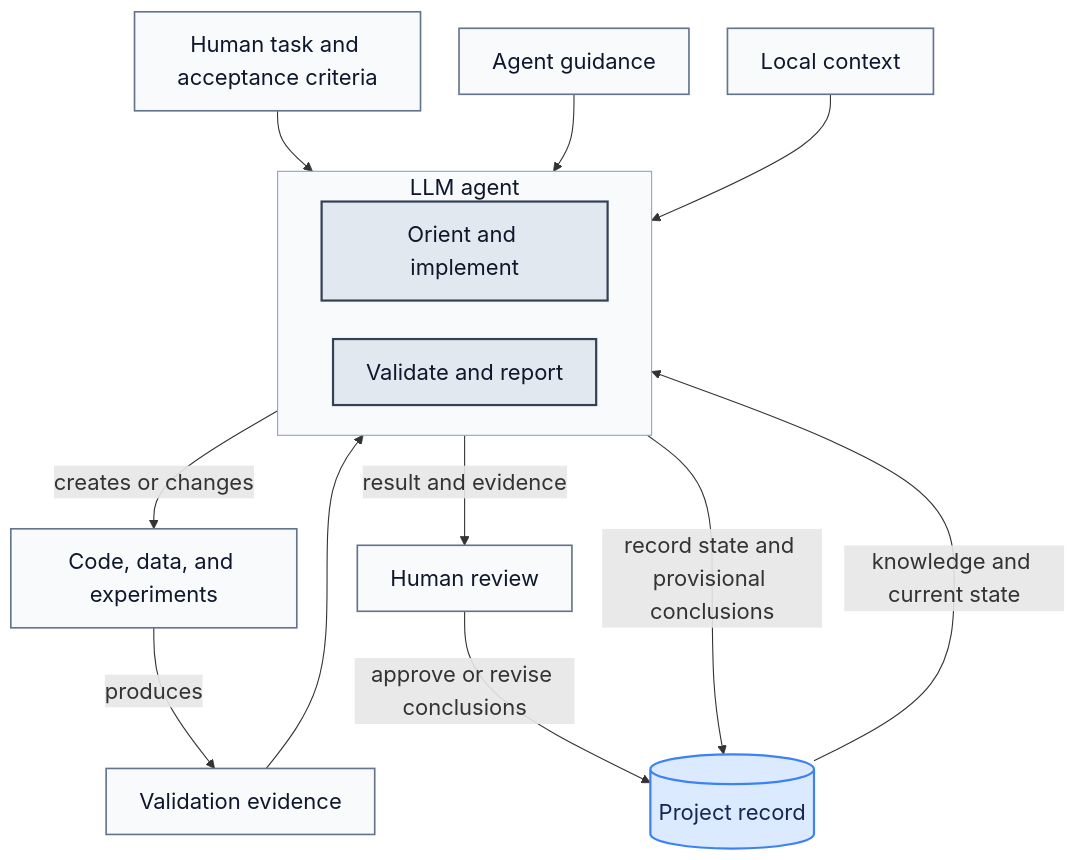
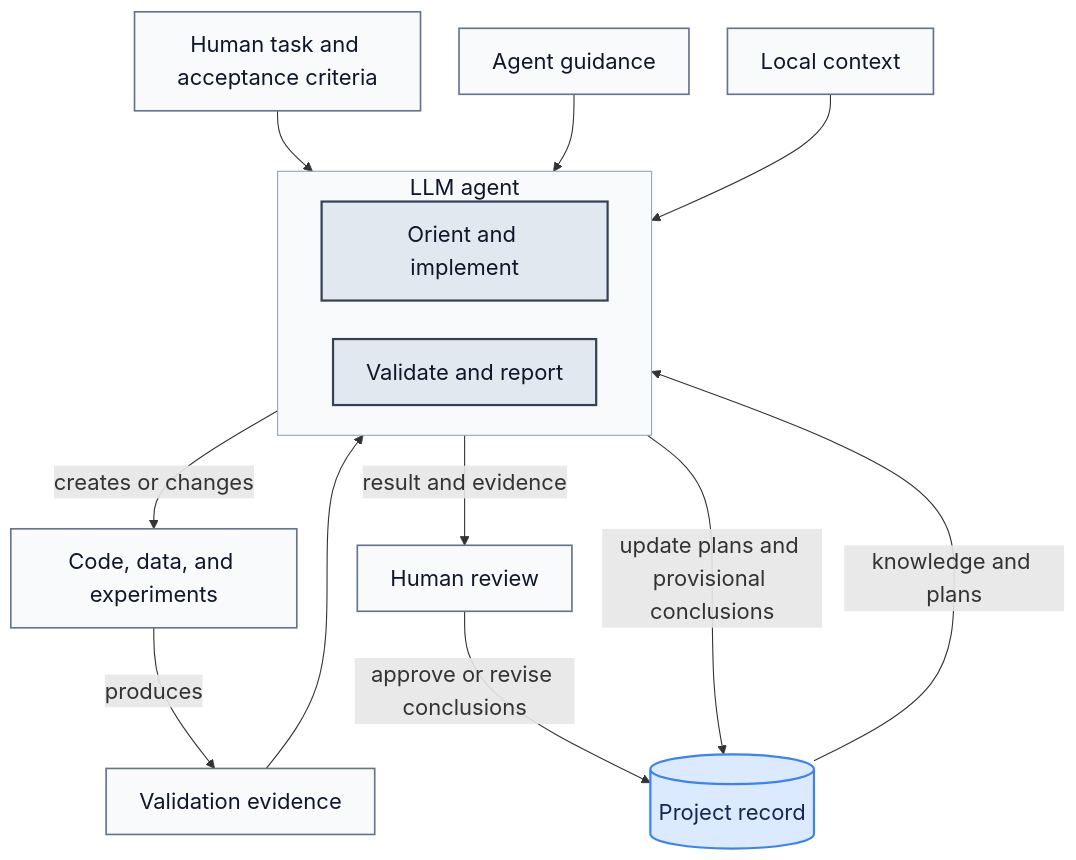
The diagram in docs/15_Agentic_Workflow.md (7FeiW/Incomplete_guide), drawn with Mermaid before and after one commit. The commit also changed other lines of this file and 7 other files, not shown here.

````diff
--- a/docs/15_Agentic_Workflow.md
+++ b/docs/15_Agentic_Workflow.md
@@ -258,29 +245,29 @@
 ```mermaid
 %%{init: {"themeVariables": {"fontSize": "20px"}, "flowchart": {"nodeSpacing": 35, "rankSpacing": 55}}}%%
 flowchart TB
     H[Human task and acceptance criteria] --> A
     G[Agent guidance] --> A
     C[Local context] --> A
-    R[(Project record)] -->|knowledge and current state| A
+    R[(Project record)] -->|knowledge and plans| A
 
     subgraph LLM[LLM agent]
         direction LR
         A[Orient and implement]
         D[Validate and report]
     end
 
     A -->|creates or changes| W[Code, data, and experiments]
     W -->|produces| V[Validation evidence]
     V --> D
     D -->|result and evidence| Q[Human review]
-    D -->|record state and provisional conclusions| R
+    D -->|update plans and provisional conclusions| R
     Q -->|approve or revise conclusions| R
 
     classDef standard fill:#f8fafc,stroke:#64748b,color:#0f172a,stroke-width:1.5px,font-size:20px
     classDef agent fill:#e2e8f0,stroke:#334155,color:#0f172a,stroke-width:2px,font-size:20px
     classDef record fill:#dbeafe,stroke:#3b82f6,color:#172554,stroke-width:2px,font-size:20px
     class H,G,C,W,V,Q standard
     class A,D agent
     class R record
     style LLM fill:#f8fafc,stroke:#94a3b8,color:#0f172a,stroke-width:1px,font-size:20px
 ```
````
